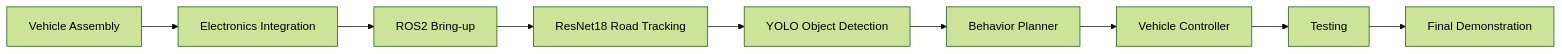
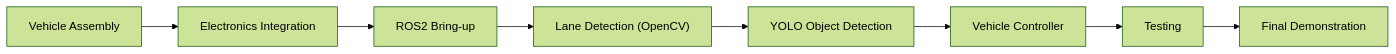
One commit to proknowdiy/RDK-X5-Autonomous-Vehicle changed the diagram in docs/ROADMAP.md. Above: the diagram before and after it, drawn with Mermaid (forest theme). The commit also changed other lines of this file, not shown here.

Commit message:
Update roadmap for lane detection and milestones

````diff
--- a/docs/ROADMAP.md
+++ b/docs/ROADMAP.md
@@ -22,21 +22,19 @@
 ```mermaid
 flowchart LR
 
 A["Vehicle Assembly"]
 
 -->B["Electronics Integration"]
 
 -->C["ROS2 Bring-up"]
 
--->D["ResNet18 Road Tracking"]
+-->D["Lane Detection (OpenCV)"]
 
 -->E["YOLO Object Detection"]
 
--->F["Behavior Planner"]
+-->F["Vehicle Controller"]
 
--->G["Vehicle Controller"]
+-->G["Testing"]
 
--->H["Testing"]
-
--->I["Final Demonstration"]
+-->H["Final Demonstration"]
 ```
````
